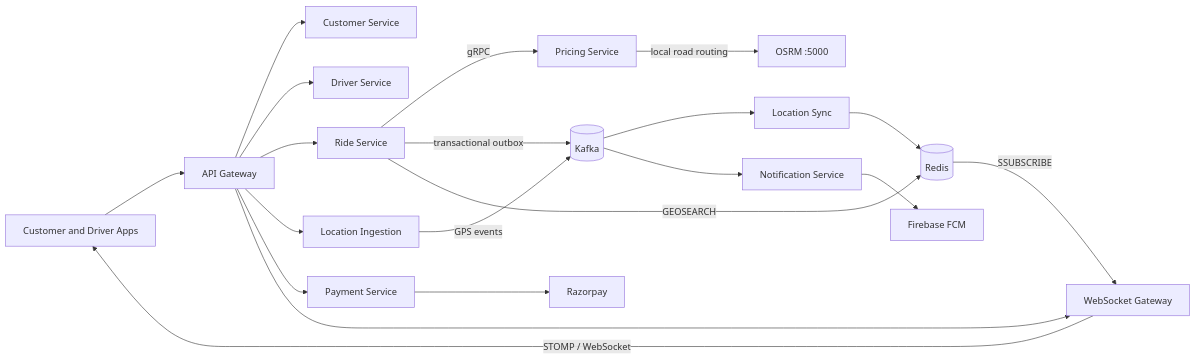
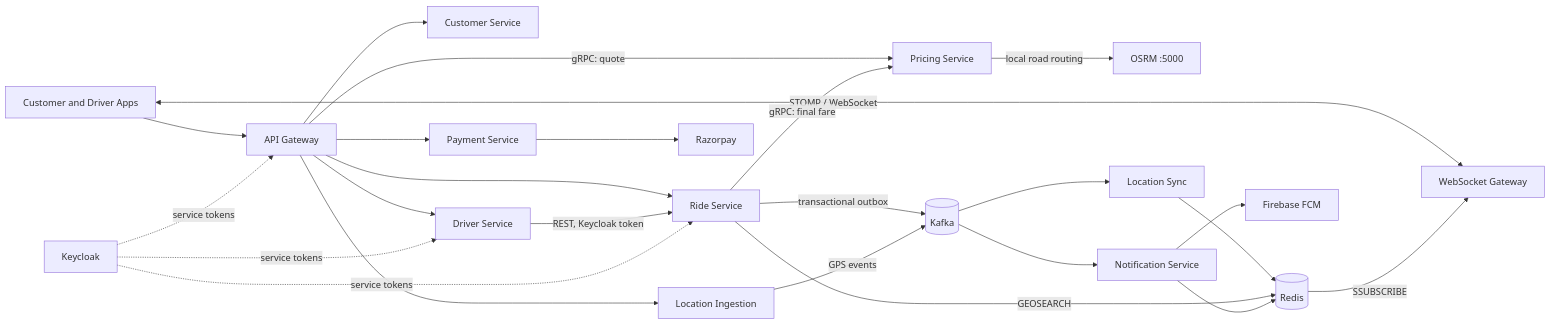
The first of 4 diagrams in README.md (shashank35i/GoOn---Ride-Hailing-Microservices-Platform), drawn with Mermaid before and after one commit. The commit also changed other lines of this file, not shown here.

````diff
--- a/README.md
+++ b/README.md
@@ -17,23 +34,28 @@
 ```mermaid
 flowchart LR
     Apps[Customer and Driver Apps] --> Gateway[API Gateway]
     Gateway --> Customer[Customer Service]
     Gateway --> Driver[Driver Service]
     Gateway --> Ride[Ride Service]
     Gateway --> Ingest[Location Ingestion]
     Gateway --> Payment[Payment Service]
-    Gateway --> WS[WebSocket Gateway]
+    Gateway -->|gRPC: quote| Pricing[Pricing Service]
+    Driver -->|REST, Keycloak token| Ride
+    Apps <-->|STOMP / WebSocket| WS[WebSocket Gateway]
 
-    Ride -->|gRPC| Pricing[Pricing Service]
+    Ride -->|gRPC: final fare| Pricing
     Pricing -->|local road routing| OSRM[OSRM :5000]
     Ride -->|transactional outbox| Kafka[(Kafka)]
     Ingest -->|GPS events| Kafka
     Kafka --> LocationSync[Location Sync]
     LocationSync --> Redis[(Redis)]
     Ride -->|GEOSEARCH| Redis
     Redis -->|SSUBSCRIBE| WS
-    WS -->|STOMP / WebSocket| Apps
     Kafka --> Notification[Notification Service]
     Notification --> FCM[Firebase FCM]
+    Notification --> Redis
     Payment --> Razorpay[Razorpay]
+    Keycloak[Keycloak] -. service tokens .-> Gateway
+    Keycloak -. service tokens .-> Driver
+    Keycloak -. service tokens .-> Ride
 ```
````
